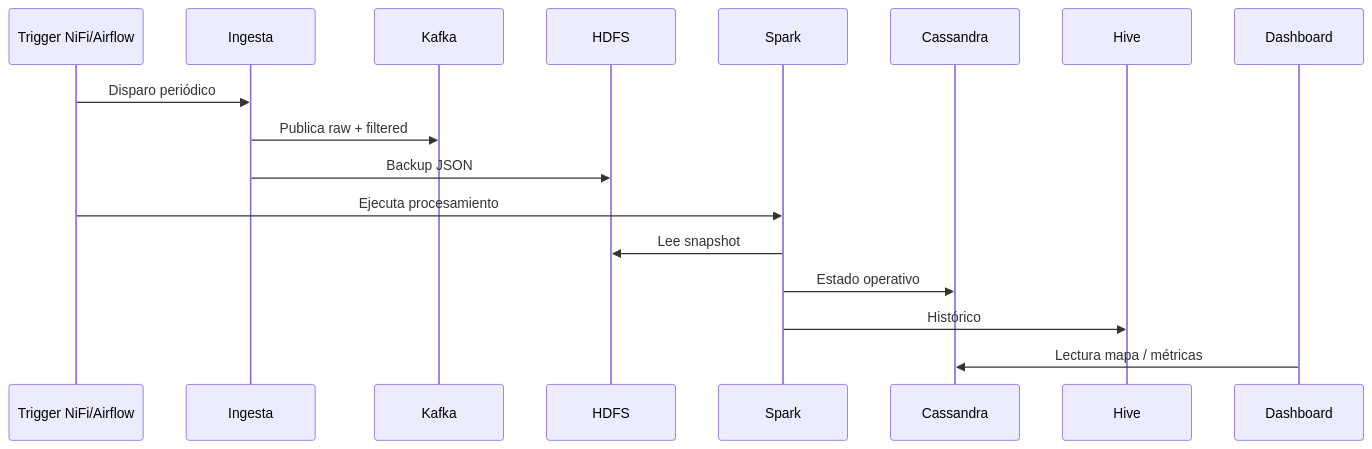
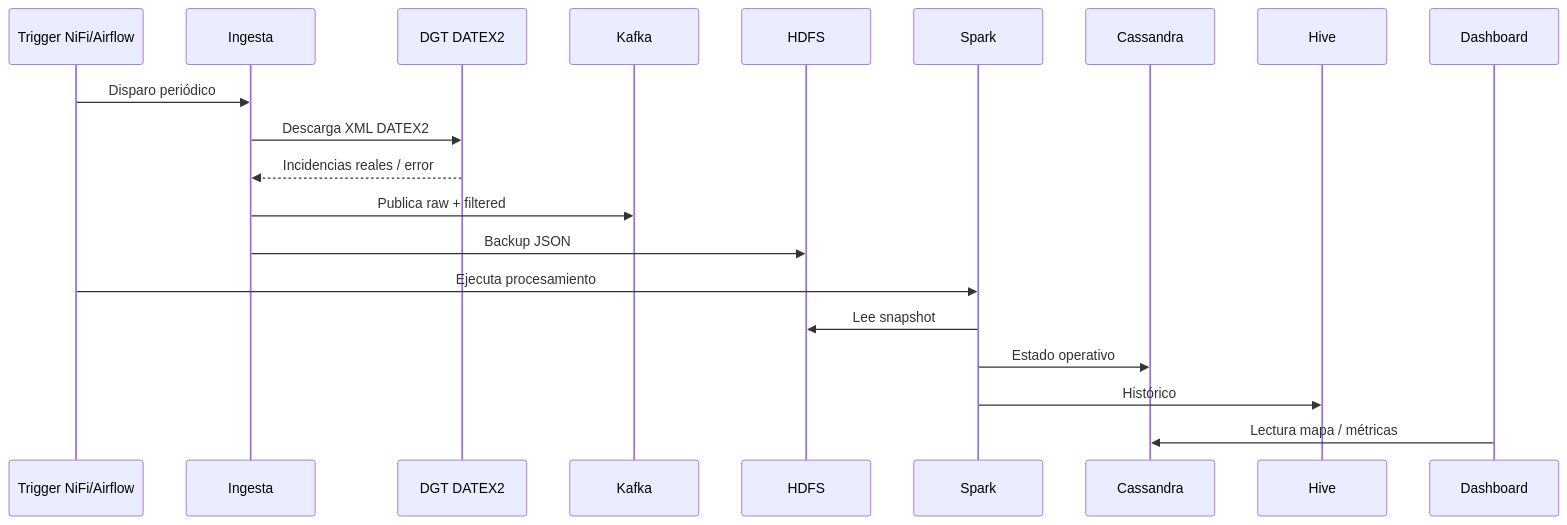
The third of 16 diagrams in docs/DIAGRAMAS_MERMAID.md (gracobjo/proyecto_transporte_global_standalone), drawn with Mermaid before and after one commit. The commit also changed other lines of this file and 31 other files, not shown here.

First line of the commit message:
feat(dgt/nifi/docs): integrar DATEX2 DGT en el pipeline

````diff
--- a/docs/DIAGRAMAS_MERMAID.md
+++ b/docs/DIAGRAMAS_MERMAID.md
@@ -121,19 +126,22 @@
 ```mermaid
 sequenceDiagram
   participant T as Trigger NiFi/Airflow
   participant I as Ingesta
+  participant DGT as DGT DATEX2
   participant K as Kafka
   participant H as HDFS
   participant S as Spark
   participant C as Cassandra
   participant V as Hive
   participant D as Dashboard
   T->>I: Disparo periódico
+  I->>DGT: Descarga XML DATEX2
+  DGT-->>I: Incidencias reales / error
   I->>K: Publica raw + filtered
   I->>H: Backup JSON
   T->>S: Ejecuta procesamiento
   S->>H: Lee snapshot
   S->>C: Estado operativo
   S->>V: Histórico
   D->>C: Lectura mapa / métricas
 ```
````
